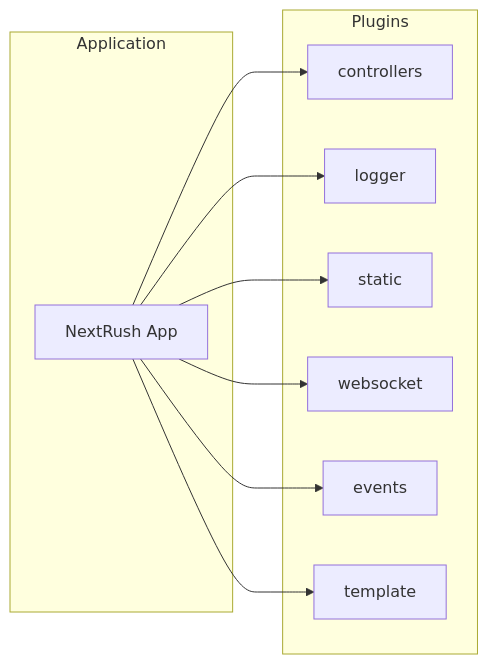
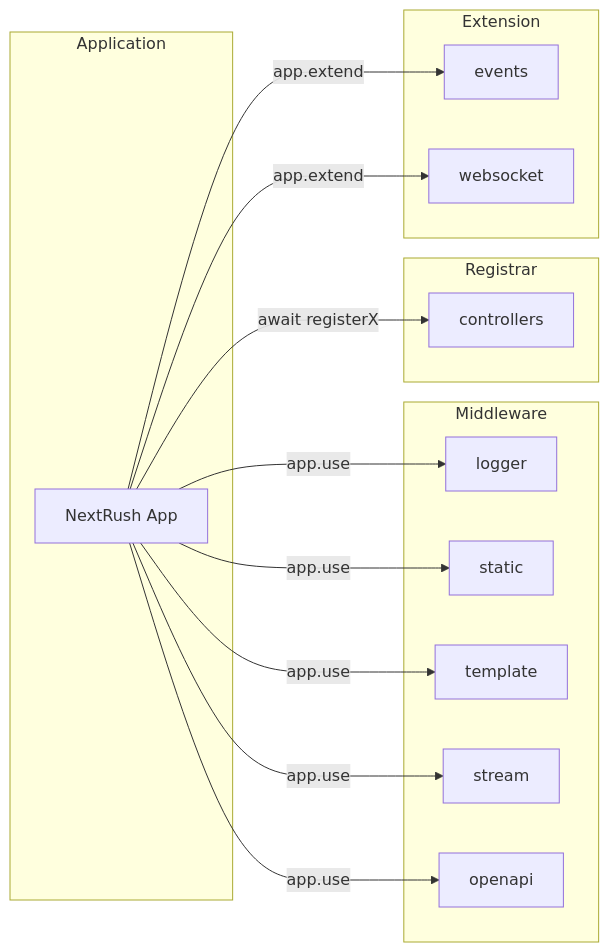
One commit to 0xTanzim/nextRush changed the diagram in apps/docs/content/docs/api-reference/plugins/index.mdx. Above: the diagram before and after it, drawn with Mermaid. The commit also changed other lines of this file and 67 other files, not shown here.

````diff
--- a/apps/docs/content/docs/api-reference/plugins/index.mdx
+++ b/apps/docs/content/docs/api-reference/plugins/index.mdx
@@ -12,22 +12,32 @@
 ```mermaid
 graph LR
     subgraph Application
         app[NextRush App]
     end
 
-    subgraph Plugins
-        ctrl[controllers]
+    subgraph Middleware
         log[logger]
         static[static]
-        ws[websocket]
-        events[events]
         tpl[template]
+        stream[stream]
+        openapi[openapi]
     end
 
-    app --> ctrl
-    app --> log
-    app --> static
-    app --> ws
-    app --> events
-    app --> tpl
+    subgraph Registrar
+        ctrl[controllers]
+    end
+
+    subgraph Extension
+        events[events]
+        ws[websocket]
+    end
+
+    app -->|app.use| log
+    app -->|app.use| static
+    app -->|app.use| tpl
+    app -->|app.use| stream
+    app -->|app.use| openapi
+    app -->|await registerX| ctrl
+    app -->|app.extend| events
+    app -->|app.extend| ws
 ```
````
